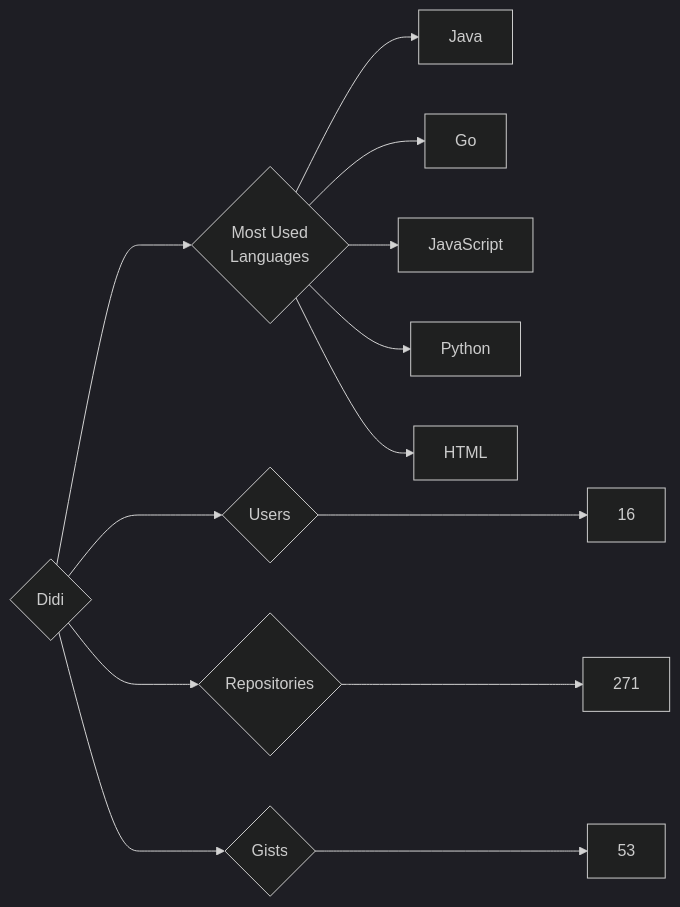
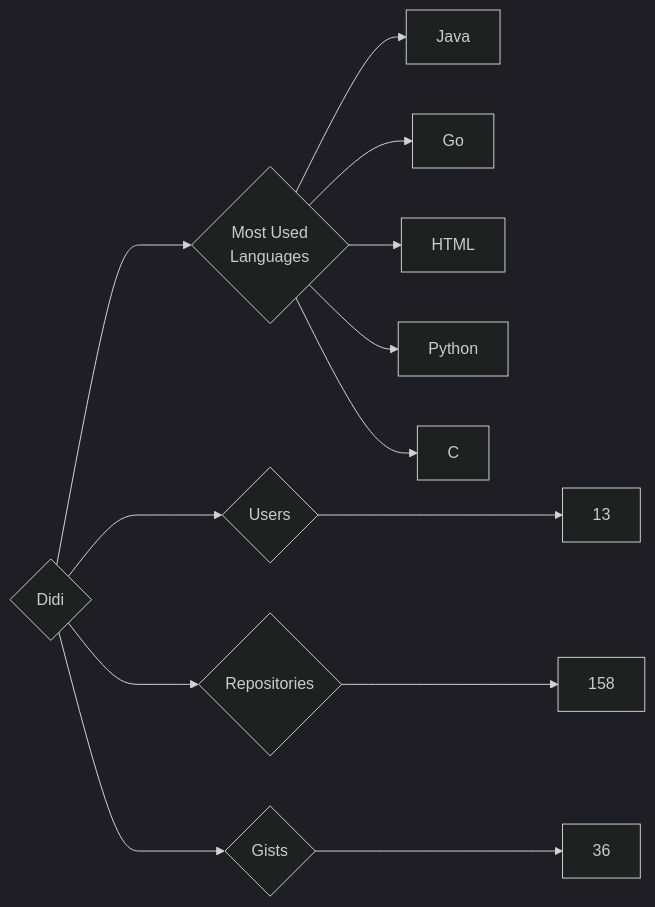
The diagram in targets/Didi/README.md (trickest/insiders), drawn with Mermaid (dark theme) before and after one commit. The commit also changed 899 other files, not shown here.

````diff
--- a/targets/Didi/README.md
+++ b/targets/Didi/README.md
@@ -3,13 +3,13 @@
 ```mermaid
 graph LR
 COMPANY_NAME{Didi}
-COMPANY_NAME ---> U{Users} ---> UN[16]
-COMPANY_NAME ---> R{Repositories} ---> RN[271]
-COMPANY_NAME ---> G{Gists} ---> GN[53]
+COMPANY_NAME ---> U{Users} ---> UN[13]
+COMPANY_NAME ---> R{Repositories} ---> RN[158]
+COMPANY_NAME ---> G{Gists} ---> GN[36]
 COMPANY_NAME ---> ML{Most Used<br>Languages}
 ML --> Java[Java]
 ML --> Go[Go]
-ML --> JavaScript[JavaScript]
+ML --> HTML[HTML]
 ML --> Python[Python]
-ML --> HTML[HTML]
+ML --> C[C]
 ```
````
